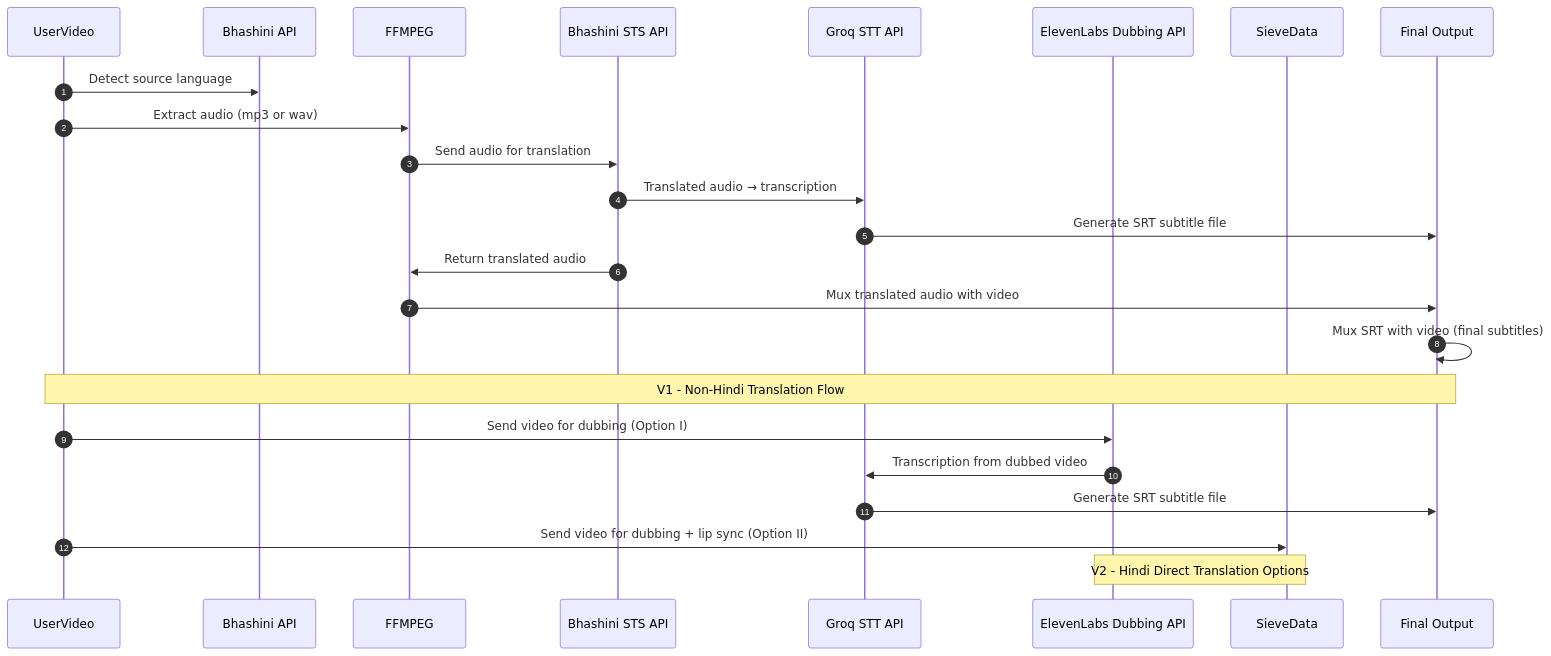
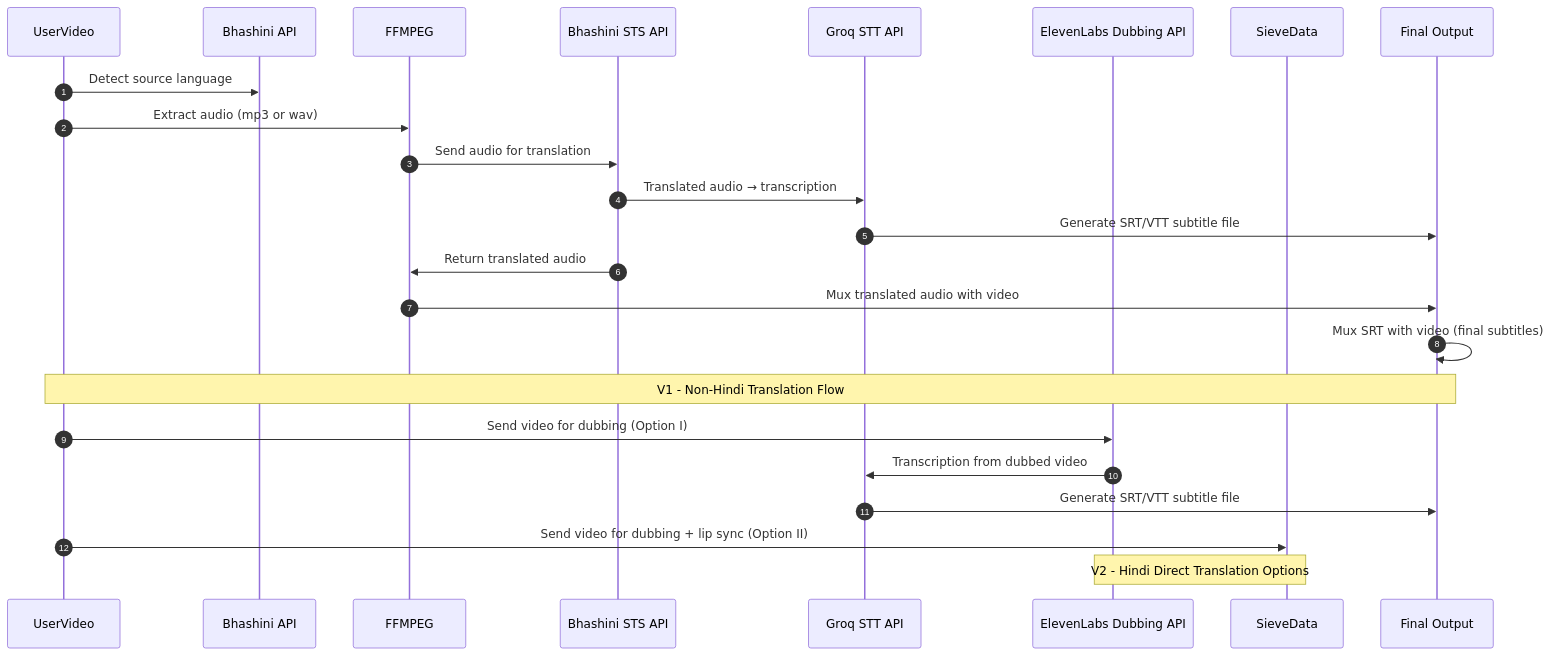
One commit to theapprenticeproject/Video_Translation changed the second of 2 diagrams in README.md. Above: the diagram before and after it, drawn with Mermaid. The commit also changed other lines of this file, not shown here.

````diff
--- a/README.md
+++ b/README.md
@@ -144,34 +188,34 @@
 ```mermaid
 sequenceDiagram
   autonumber
 
   participant UserVideo
   participant BhashiniAPI as Bhashini API
   participant FFMPEG
   participant STSAPI as Bhashini STS API
   participant GroqSTT as Groq STT API
   participant ElevenLabs as ElevenLabs Dubbing API
   participant SieveData
   participant Output as Final Output
 
   %% V1 - Non-Hindi Translations
   UserVideo->>BhashiniAPI: Detect source language
   UserVideo->>FFMPEG: Extract audio (mp3 or wav)
   FFMPEG->>STSAPI: Send audio for translation
   STSAPI->>GroqSTT: Translated audio → transcription
-  GroqSTT->>Output: Generate SRT subtitle file
+  GroqSTT->>Output: Generate SRT/VTT subtitle file
   STSAPI->>FFMPEG: Return translated audio
   FFMPEG->>Output: Mux translated audio with video
   Output->>Output: Mux SRT with video (final subtitles)
 
   Note over UserVideo,Output: V1 - Non-Hindi Translation Flow
 
   %% V2 - Hindi Direct Translation
   UserVideo->>ElevenLabs: Send video for dubbing (Option I)
   ElevenLabs->>GroqSTT: Transcription from dubbed video
-  GroqSTT->>Output: Generate SRT subtitle file
+  GroqSTT->>Output: Generate SRT/VTT subtitle file
 
   UserVideo->>SieveData: Send video for dubbing + lip sync (Option II)
 
   Note over ElevenLabs,SieveData: V2 - Hindi Direct Translation Options
 ```
````
